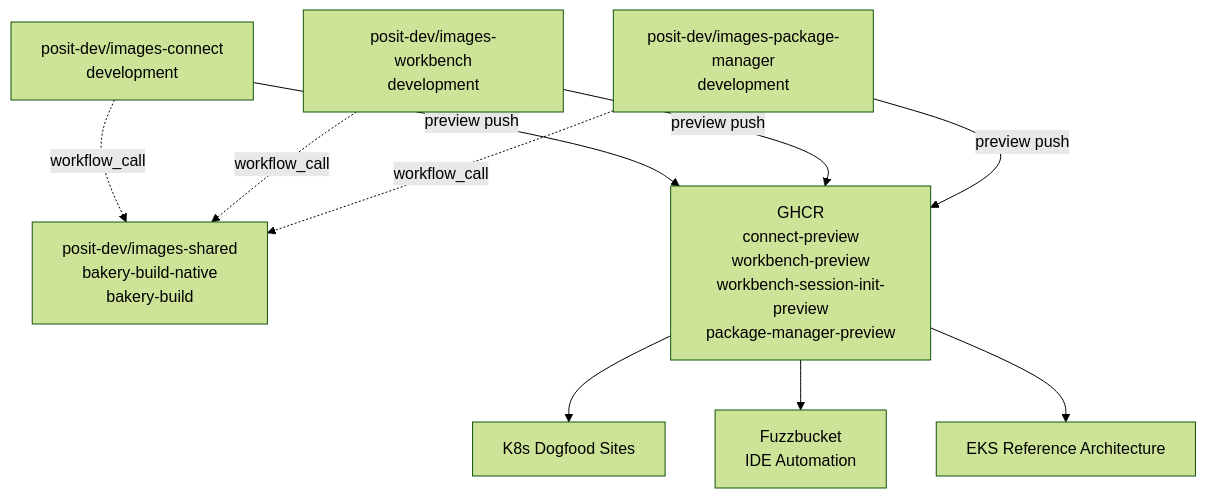
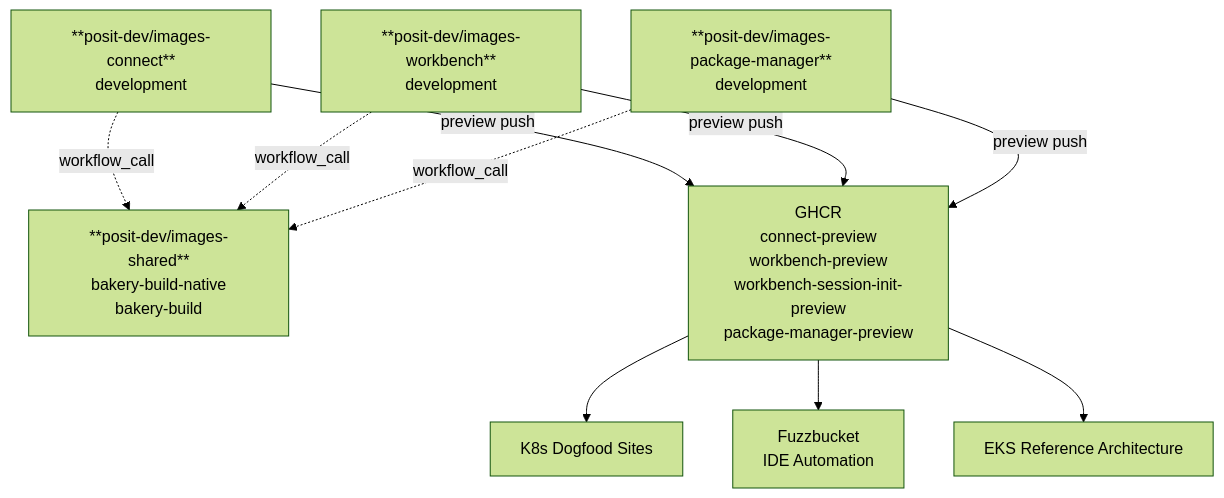
One commit to posit-dev/images-shared changed the third of 3 diagrams in docs/cross-repo-dag.md. Above: the diagram before and after it, drawn with Mermaid (forest theme). The commit also changed other lines of this file, not shown here.

````diff
--- a/docs/cross-repo-dag.md
+++ b/docs/cross-repo-dag.md
@@ -102,26 +102,26 @@
 ```mermaid
 graph TD
-    SHARED["posit-dev/images-shared<br/>bakery-build-native<br/>bakery-build"]
+    SHARED["**posit-dev/images-shared**<br/>bakery-build-native<br/>bakery-build"]
 
-    IMG_CONNECT["posit-dev/images-connect<br/>development"]
-    IMG_WORKBENCH["posit-dev/images-workbench<br/>development"]
-    IMG_PM["posit-dev/images-package-manager<br/>development"]
+    IMG_CONNECT["**posit-dev/images-connect**<br/>development"]
+    IMG_WORKBENCH["**posit-dev/images-workbench**<br/>development"]
+    IMG_PM["**posit-dev/images-package-manager**<br/>development"]
 
     IMG_CONNECT -.->|workflow_call| SHARED
     IMG_WORKBENCH -.->|workflow_call| SHARED
     IMG_PM -.->|workflow_call| SHARED
 
     IMG_CONNECT -->|preview push| GHCR
     IMG_WORKBENCH -->|preview push| GHCR
     IMG_PM -->|preview push| GHCR
 
     GHCR["GHCR<br/>connect-preview<br/>workbench-preview<br/>workbench-session-init-preview<br/>package-manager-preview"]
 
     GHCR --> K8S
     GHCR --> FUZZBUCKET
     GHCR --> EKS_REF
 
     K8S["K8s Dogfood Sites"]
     FUZZBUCKET["Fuzzbucket<br/>IDE Automation"]
     EKS_REF["EKS Reference Architecture"]
 ```
````
